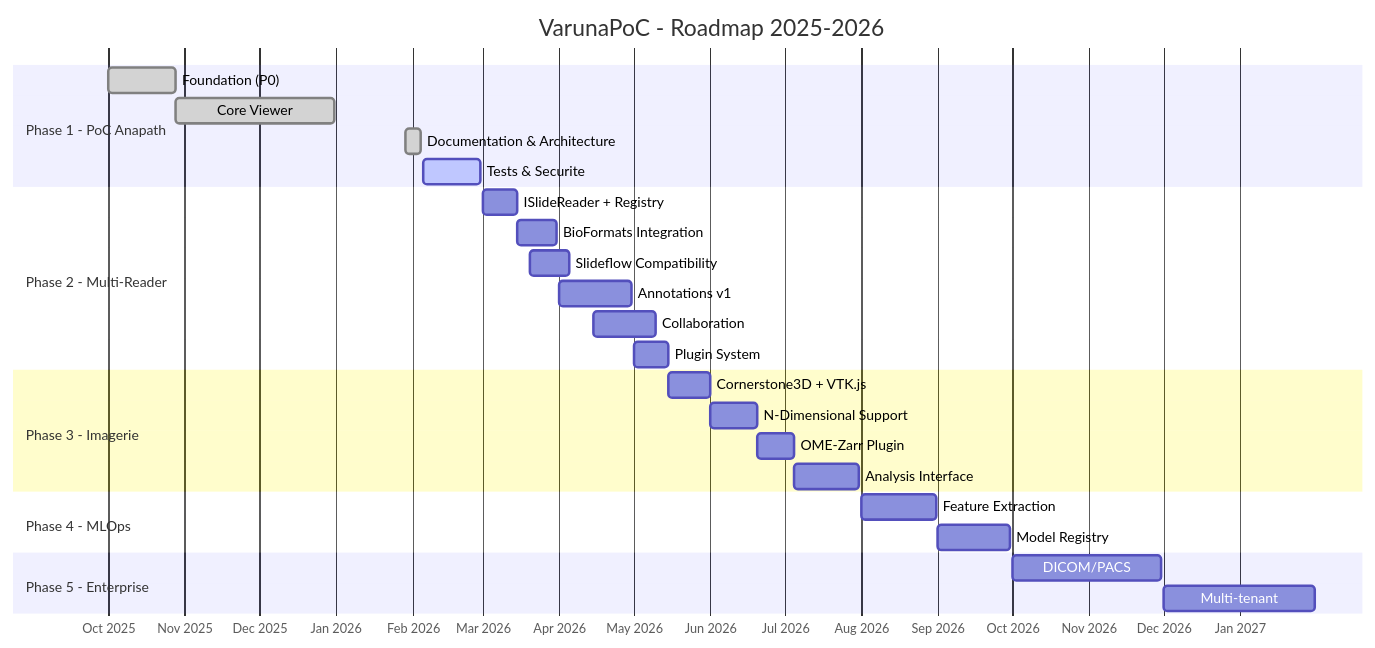
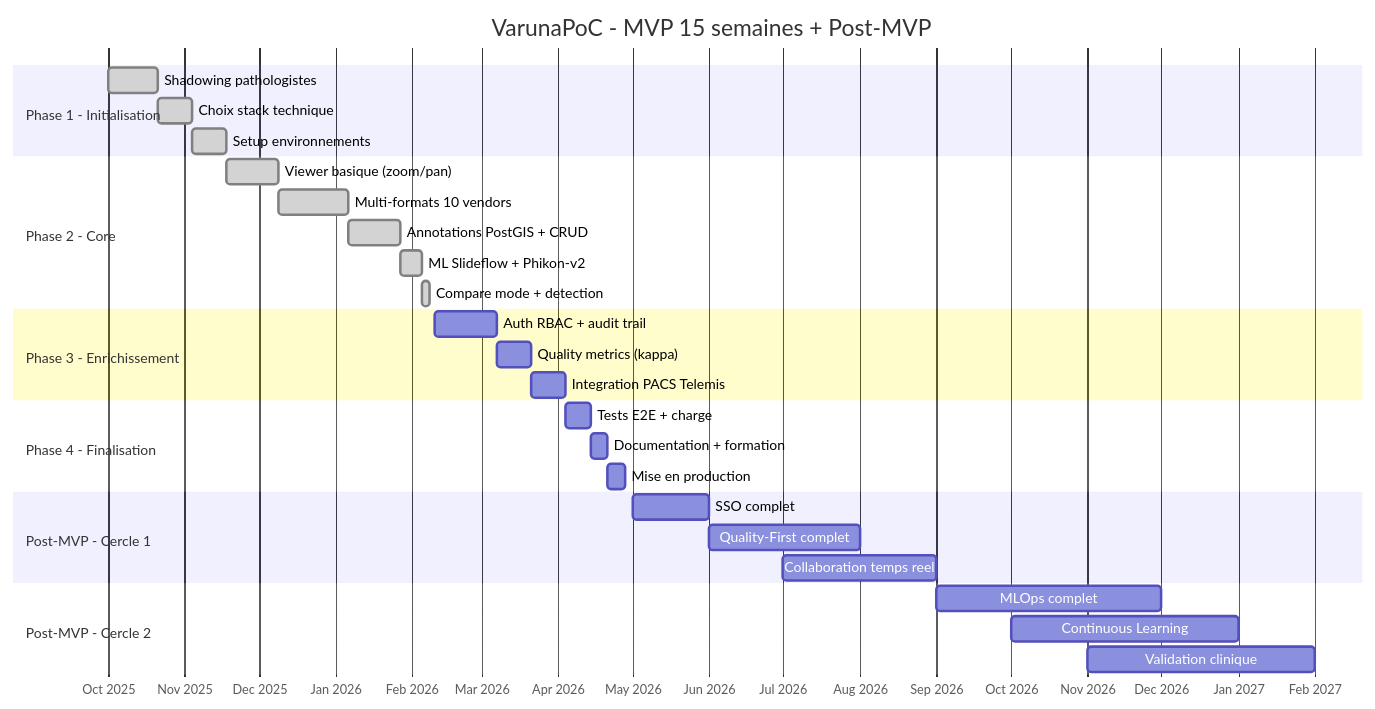
One commit to Yanstart/VarunaPoC changed the first of 2 diagrams in .claude/memory/ROADMAP.md. Above: the diagram before and after it, drawn with Mermaid. The commit also changed other lines of this file and 13 other files, not shown here.

First line of the commit message:
docs: Update project documentation, memory files, and roadmap

````diff
--- a/.claude/memory/ROADMAP.md
+++ b/.claude/memory/ROADMAP.md
@@ -83,34 +77,38 @@
 ```mermaid
 gantt
-    title VarunaPoC - Roadmap 2025-2026
+    title VarunaPoC - MVP 15 semaines + Post-MVP
     dateFormat  YYYY-MM-DD
     axisFormat  %b %Y
 
-    section Phase 1 - PoC Anapath
-    Foundation (P0)               :done, p0, 2025-10-01, 2025-10-28
-    Core Viewer                   :done, p1a, 2025-10-28, 2025-12-31
-    Documentation & Architecture  :done, p1b, 2026-01-29, 2026-02-04
-    Tests & Securite              :active, p1c, 2026-02-05, 2026-02-28
+    section Phase 1 - Initialisation
+    Shadowing pathologistes           :done, p1a, 2025-10-01, 2025-10-21
+    Choix stack technique             :done, p1b, 2025-10-21, 2025-11-04
+    Setup environnements              :done, p1c, 2025-11-04, 2025-11-18
 
-    section Phase 2 - Multi-Reader
-    ISlideReader + Registry       :p2a, 2026-03-01, 2026-03-15
-    BioFormats Integration        :p2b, 2026-03-15, 2026-03-31
-    Slideflow Compatibility       :p2sf, 2026-03-20, 2026-04-05
-    Annotations v1                :p2c, 2026-04-01, 2026-04-30
-    Collaboration                 :p2col, 2026-04-15, 2026-05-10
-    Plugin System                 :p2d, 2026-05-01, 2026-05-15
+    section Phase 2 - Core
+    Viewer basique (zoom/pan)         :done, p2a, 2025-11-18, 2025-12-09
+    Multi-formats 10 vendors          :done, p2b, 2025-12-09, 2026-01-06
+    Annotations PostGIS + CRUD        :done, p2c, 2026-01-06, 2026-01-27
+    ML Slideflow + Phikon-v2          :done, p2d, 2026-01-27, 2026-02-05
+    Compare mode + detection          :done, p2e, 2026-02-05, 2026-02-08
 
-    section Phase 3 - Imagerie
-    Cornerstone3D + VTK.js        :p3v, 2026-05-15, 2026-06-01
-    N-Dimensional Support         :p3a, 2026-06-01, 2026-06-20
-    OME-Zarr Plugin               :p3b, 2026-06-20, 2026-07-05
-    Analysis Interface            :p3c, 2026-07-05, 2026-07-31
+    section Phase 3 - Enrichissement
+    Auth RBAC + audit trail           :p3a, 2026-02-10, 2026-03-07
+    Quality metrics (kappa)           :p3b, 2026-03-07, 2026-03-21
+    Integration PACS Telemis          :p3c, 2026-03-21, 2026-04-04
 
-    section Phase 4 - MLOps
-    Feature Extraction            :p4a, 2026-08-01, 2026-08-31
-    Model Registry                :p4b, 2026-09-01, 2026-09-30
+    section Phase 4 - Finalisation
+    Tests E2E + charge                :p4a, 2026-04-04, 2026-04-14
+    Documentation + formation         :p4b, 2026-04-14, 2026-04-21
+    Mise en production                :p4c, 2026-04-21, 2026-04-28
 
-    section Phase 5 - Enterprise
-    DICOM/PACS                    :p5a, 2026-10-01, 2026-11-30
-    Multi-tenant                  :p5b, 2026-12-01, 2027-01-31
+    section Post-MVP - Cercle 1
+    SSO complet                       :post1a, 2026-05-01, 2026-06-01
+    Quality-First complet             :post1b, 2026-06-01, 2026-08-01
+    Collaboration temps reel          :post1c, 2026-07-01, 2026-09-01
+
+    section Post-MVP - Cercle 2
+    MLOps complet                     :post2a, 2026-09-01, 2026-12-01
+    Continuous Learning               :post2b, 2026-10-01, 2027-01-01
+    Validation clinique               :post2c, 2026-11-01, 2027-02-01
 ```
````
